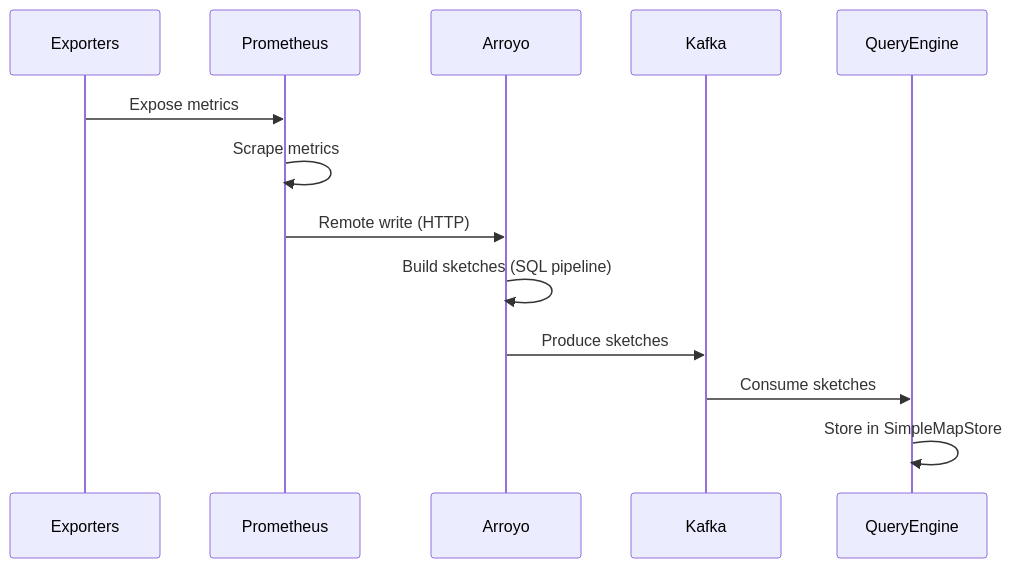
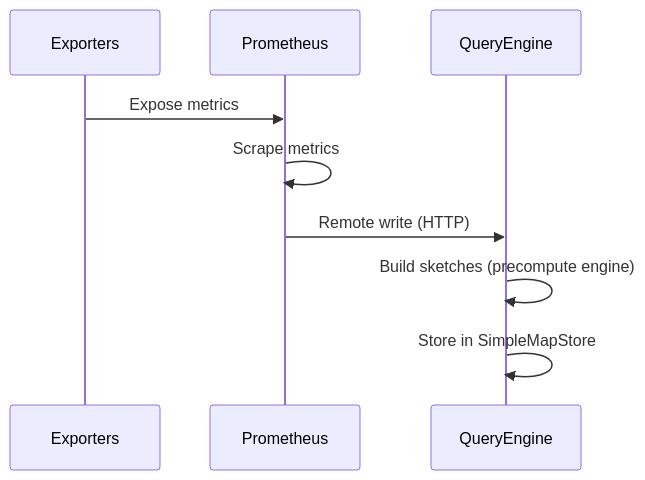
The second of 4 diagrams in docs/01-getting-started/architecture.md (ProjectASAP/ASAPQuery), drawn with Mermaid before and after one commit. The commit also changed other lines of this file and 233 other files, not shown here.

First line of the commit message:
refactor: remove Flink/Arroyo/legacy Kafka-ingest infra from asap-tools (#721)

````diff
--- a/docs/01-getting-started/architecture.md
+++ b/docs/01-getting-started/architecture.md
@@ -61,16 +53,12 @@
 ```mermaid
 sequenceDiagram
     participant E as Exporters
     participant P as Prometheus
-    participant A as Arroyo
-    participant K as Kafka
     participant Q as QueryEngine
 
     E->>P: Expose metrics
     P->>P: Scrape metrics
-    P->>A: Remote write (HTTP)
-    A->>A: Build sketches (SQL pipeline)
-    A->>K: Produce sketches
-    K->>Q: Consume sketches
+    P->>Q: Remote write (HTTP)
+    Q->>Q: Build sketches (precompute engine)
     Q->>Q: Store in SimpleMapStore
 ```
````
